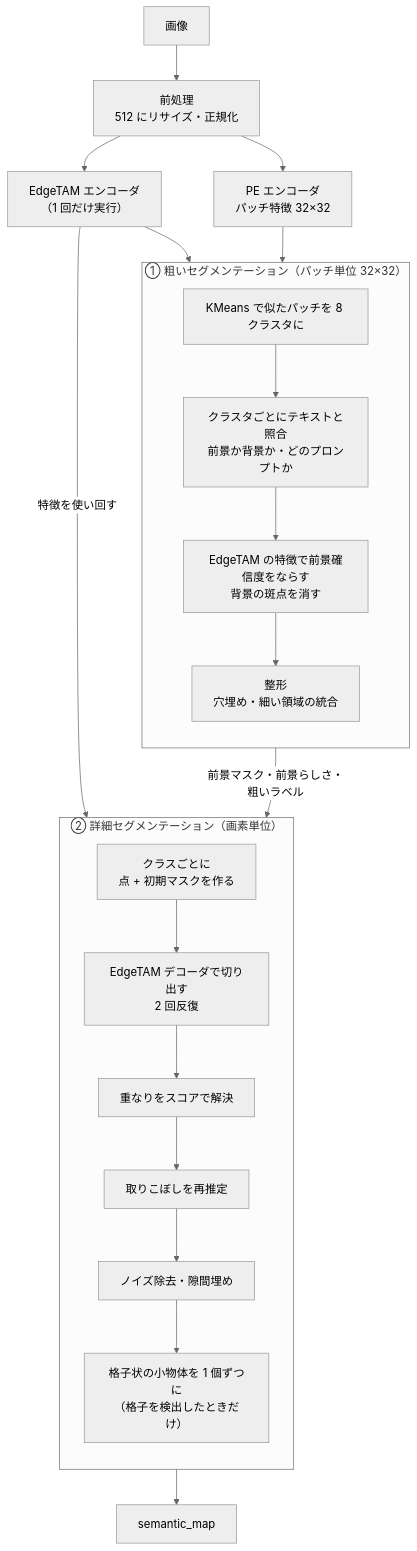
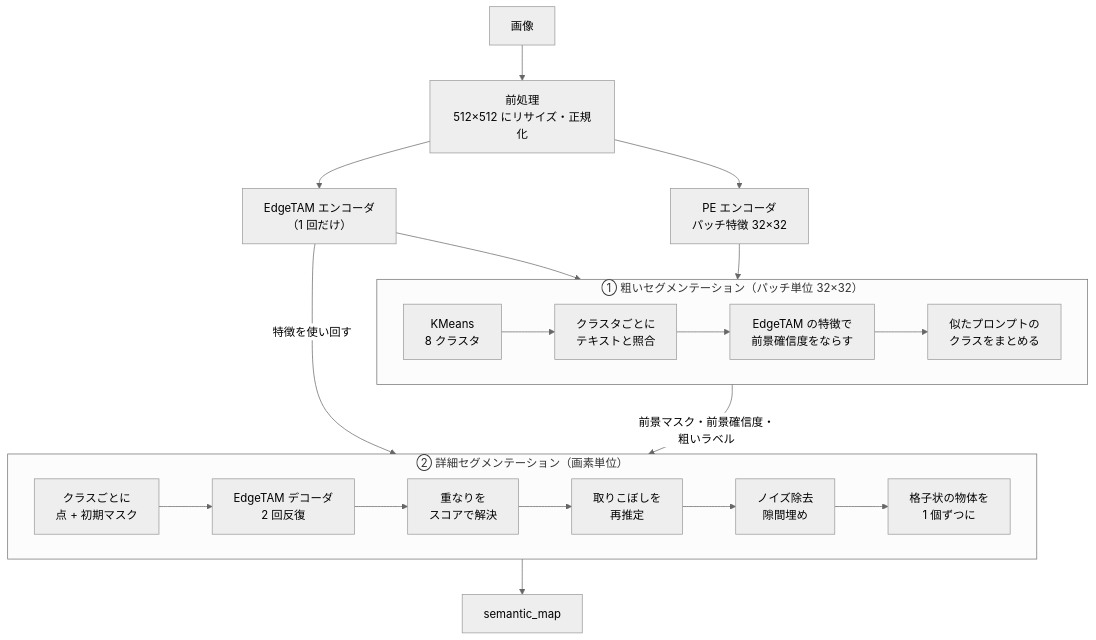
The first of 2 diagrams in docs/overview.md (fklg-64/pe_anything_detect), drawn with Mermaid (neutral theme) before and after one commit. The commit also changed other lines of this file and 85 other files, not shown here.

````diff
--- a/docs/overview.md
+++ b/docs/overview.md
@@ -32,28 +32,28 @@
 ```mermaid
 flowchart TD
-    IMG["画像"] --> PRE["前処理<br/>512 にリサイズ・正規化"]
-    PRE --> ET["EdgeTAM エンコーダ<br/>（1 回だけ実行）"]
+    IMG["画像"] --> PRE["前処理<br/>512×512 にリサイズ・正規化"]
+    PRE --> ET["EdgeTAM エンコーダ<br/>（1 回だけ）"]
     PRE --> PE["PE エンコーダ<br/>パッチ特徴 32×32"]
 
     subgraph C["① 粗いセグメンテーション（パッチ単位 32×32）"]
-        direction TB
-        C1["KMeans で似たパッチを 8 クラスタに"] --> C2["クラスタごとにテキストと照合<br/>前景か背景か・どのプロンプトか"]
-        C2 --> C3["EdgeTAM の特徴で前景確信度をならす<br/>背景の斑点を消す"]
-        C3 --> C4["整形<br/>穴埋め・細い領域の統合"]
+        direction LR
+        C1["KMeans<br/>8 クラスタ"] --> C2["クラスタごとに<br/>テキストと照合"]
+        C2 --> C3["EdgeTAM の特徴で<br/>前景確信度をならす"]
+        C3 --> C4["似たプロンプトの<br/>クラスをまとめる"]
     end
 
     subgraph R["② 詳細セグメンテーション（画素単位）"]
-        direction TB
-        R1["クラスごとに<br/>点 + 初期マスクを作る"] --> R2["EdgeTAM デコーダで切り出す<br/>2 回反復"]
-        R2 --> R3["重なりをスコアで解決"]
-        R3 --> R4["取りこぼしを再推定"]
-        R4 --> R5["ノイズ除去・隙間埋め"]
-        R5 --> R6["格子状の小物体を 1 個ずつに<br/>（格子を検出したときだけ）"]
+        direction LR
+        R1["クラスごとに<br/>点 + 初期マスク"] --> R2["EdgeTAM デコーダ<br/>2 回反復"]
+        R2 --> R3["重なりを<br/>スコアで解決"]
+        R3 --> R4["取りこぼしを<br/>再推定"]
+        R4 --> R5["ノイズ除去<br/>隙間埋め"]
+        R5 --> R6["格子状の物体を<br/>1 個ずつに"]
     end
 
     PE --> C
     ET --> C3
-    C -->|"前景マスク・前景らしさ・粗いラベル"| R
+    C -->|"前景マスク・前景確信度・粗いラベル"| R
     ET -->|"特徴を使い回す"| R
     R --> OUT["semantic_map"]
 ```
````
